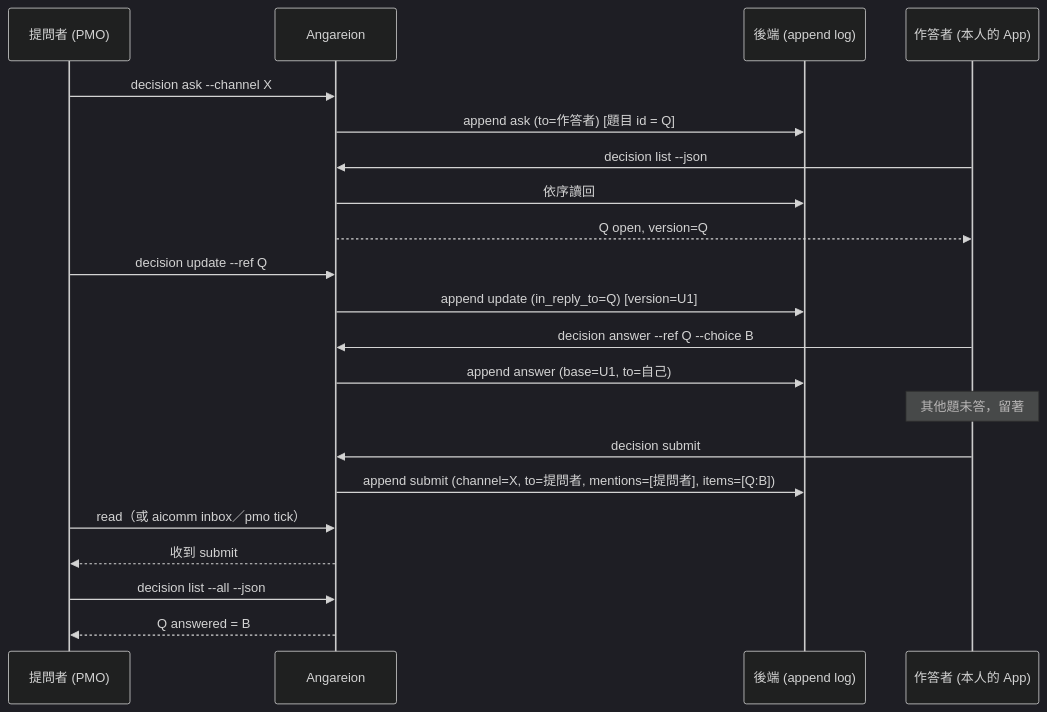
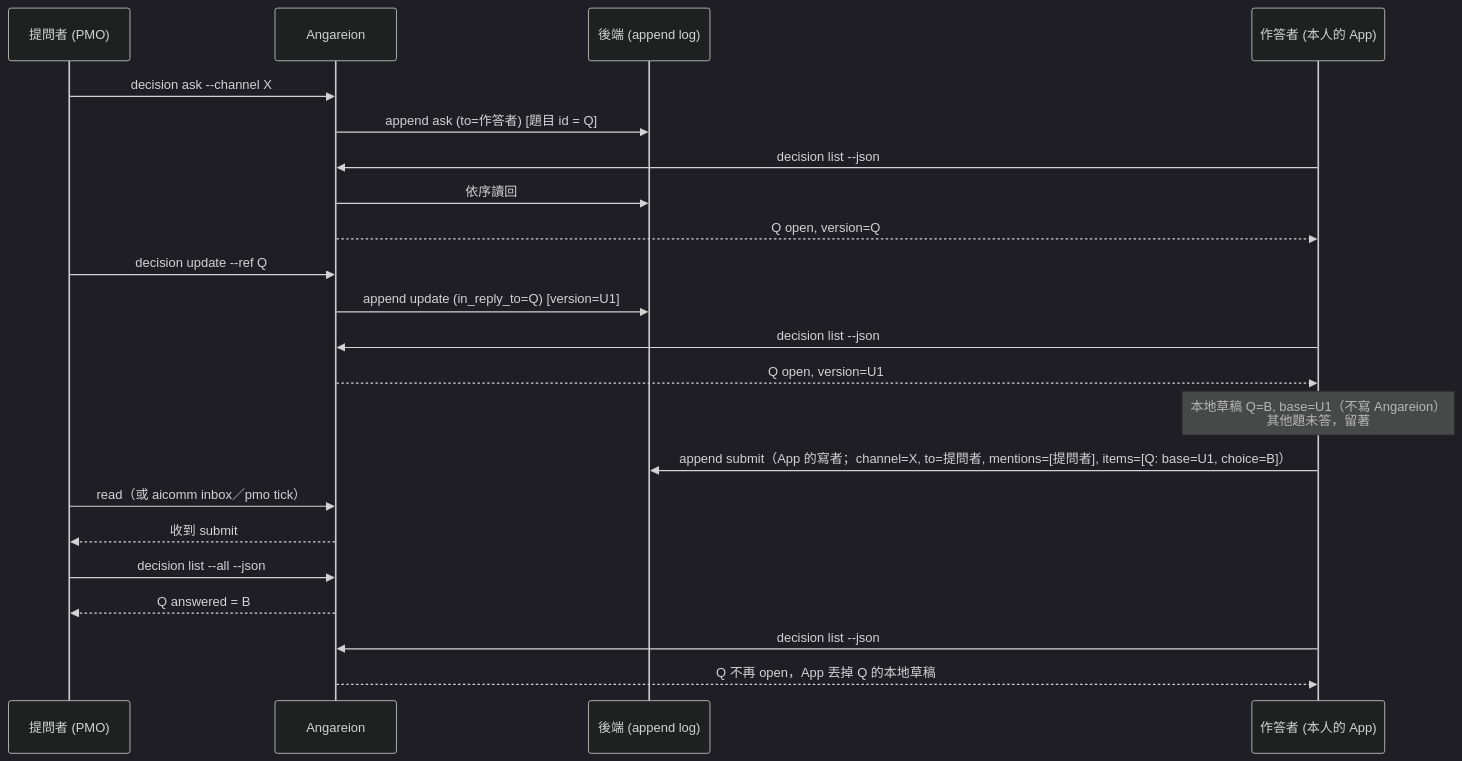
Before and after one commit to FATESAIKOU/MyAiStorage: the second of 3 diagrams in openspec/changes/angareion-pending-decision/design.md, drawn with Mermaid (dark theme). The commit also changed other lines of this file, not shown here.

First line of the commit message:
design: #468 fix round 2 (owner ruling: drafts live only in the App; submit carries answers)

````diff
--- a/openspec/changes/angareion-pending-decision/design.md
+++ b/openspec/changes/angareion-pending-decision/design.md
@@ -578,23 +729,24 @@
 ```mermaid
 sequenceDiagram
   participant P as 提問者 (PMO)
   participant A as Angareion
   participant B as 後端 (append log)
   participant H as 作答者 (本人的 App)
   P->>A: decision ask --channel X
   A->>B: append ask (to=作答者)  [題目 id = Q]
   H->>A: decision list --json
   A->>B: 依序讀回
   A-->>H: Q open, version=Q
   P->>A: decision update --ref Q
   A->>B: append update (in_reply_to=Q) [version=U1]
-  H->>A: decision answer --ref Q --choice B
-  A->>B: append answer (base=U1, to=自己)
-  Note over H: 其他題未答，留著
-  H->>A: decision submit
-  A->>B: append submit (channel=X, to=提問者, mentions=[提問者], items=[Q:B])
+  H->>A: decision list --json
+  A-->>H: Q open, version=U1
+  Note over H: 本地草稿 Q=B, base=U1（不寫 Angareion）<br/>其他題未答，留著
+  H->>B: append submit（App 的寫者；channel=X, to=提問者, mentions=[提問者], items=[Q: base=U1, choice=B]）
   P->>A: read（或 aicomm inbox／pmo tick）
   A-->>P: 收到 submit
   P->>A: decision list --all --json
   A-->>P: Q answered = B
+  H->>A: decision list --json
+  A-->>H: Q 不再 open，App 丟掉 Q 的本地草稿
 ```
````
